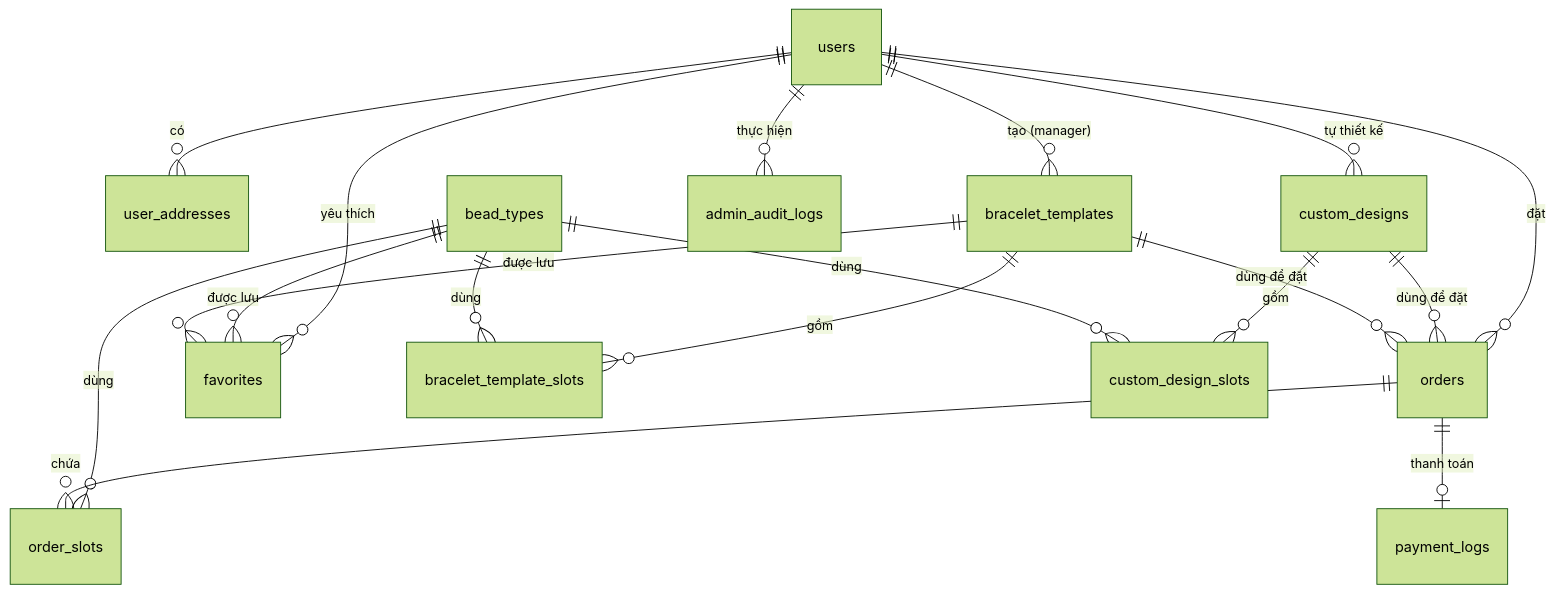
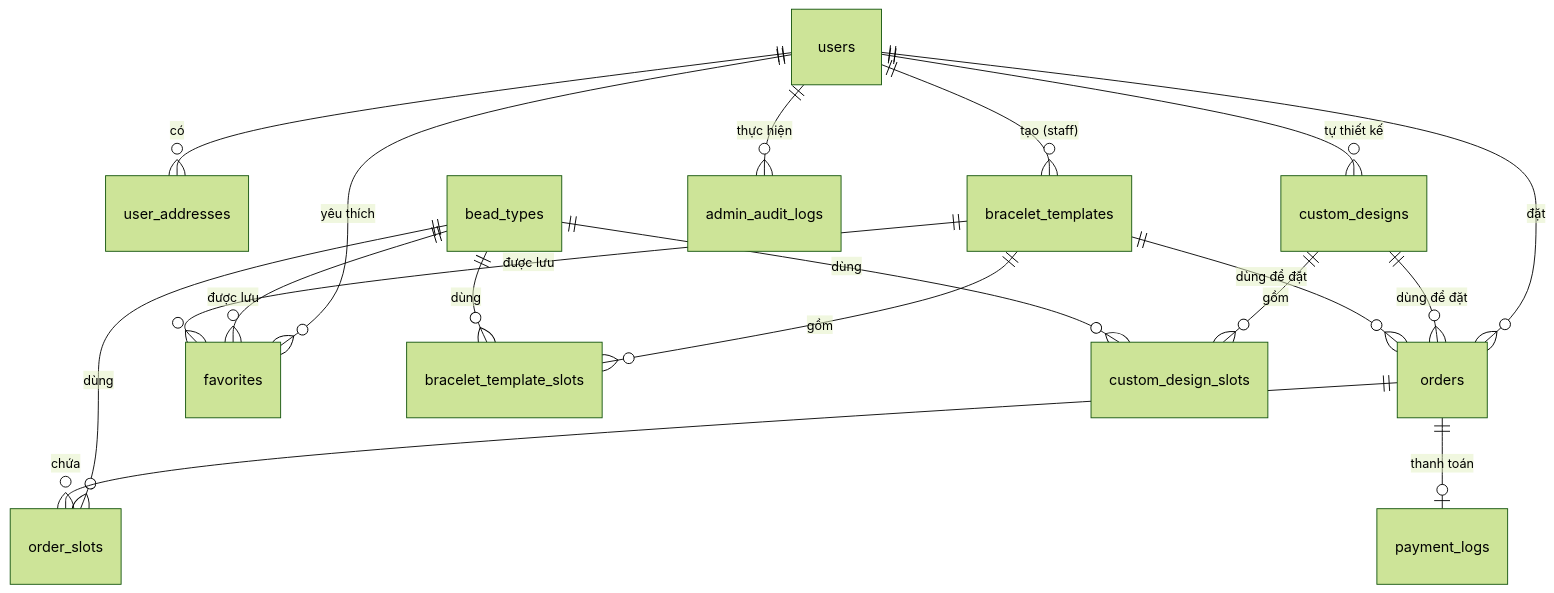
Before and after one commit to QuanPM77/UsCollection: the diagram in DATABASE_DOCS.md, drawn with Mermaid (forest theme). The commit also changed other lines of this file and 59 other files, not shown here.

Commit message:
feat: implement checkout flow, payment integration, and admin management APIs

````diff
--- a/DATABASE_DOCS.md
+++ b/DATABASE_DOCS.md
@@ -11,20 +11,20 @@
 ```mermaid
 erDiagram
   users ||--o{ user_addresses : "có"
   users ||--o{ orders : "đặt"
   users ||--o{ favorites : "yêu thích"
   users ||--o{ custom_designs : "tự thiết kế"
-  users ||--o{ bracelet_templates : "tạo (manager)"
+  users ||--o{ bracelet_templates : "tạo (staff)"
   users ||--o{ admin_audit_logs : "thực hiện"
   bracelet_templates ||--o{ bracelet_template_slots : "gồm"
   custom_designs ||--o{ custom_design_slots : "gồm"
   bead_types ||--o{ bracelet_template_slots : "dùng"
   bead_types ||--o{ custom_design_slots : "dùng"
   bead_types ||--o{ order_slots : "dùng"
   bead_types ||--o{ favorites : "được lưu"
   bracelet_templates ||--o{ favorites : "được lưu"
   custom_designs ||--o{ orders : "dùng để đặt"
   bracelet_templates ||--o{ orders : "dùng để đặt"
   orders ||--o{ order_slots : "chứa"
   orders ||--o| payment_logs : "thanh toán"
 ```
````
